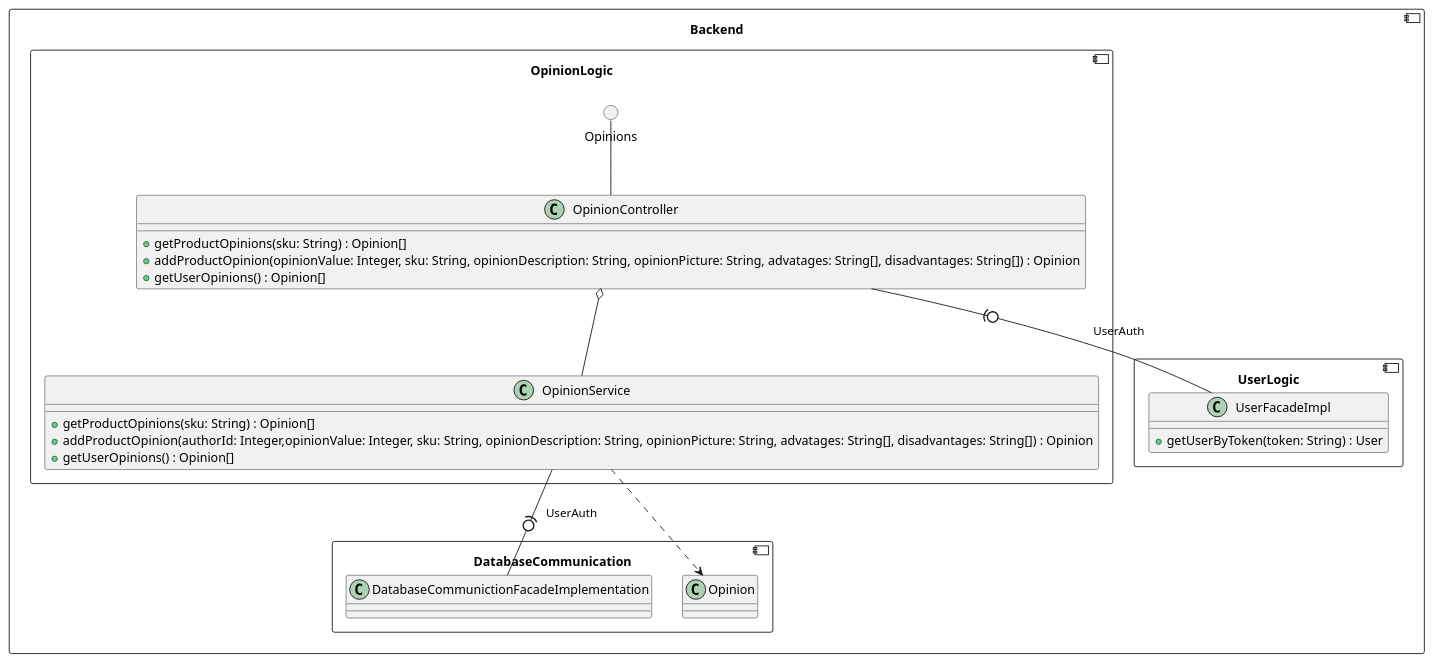
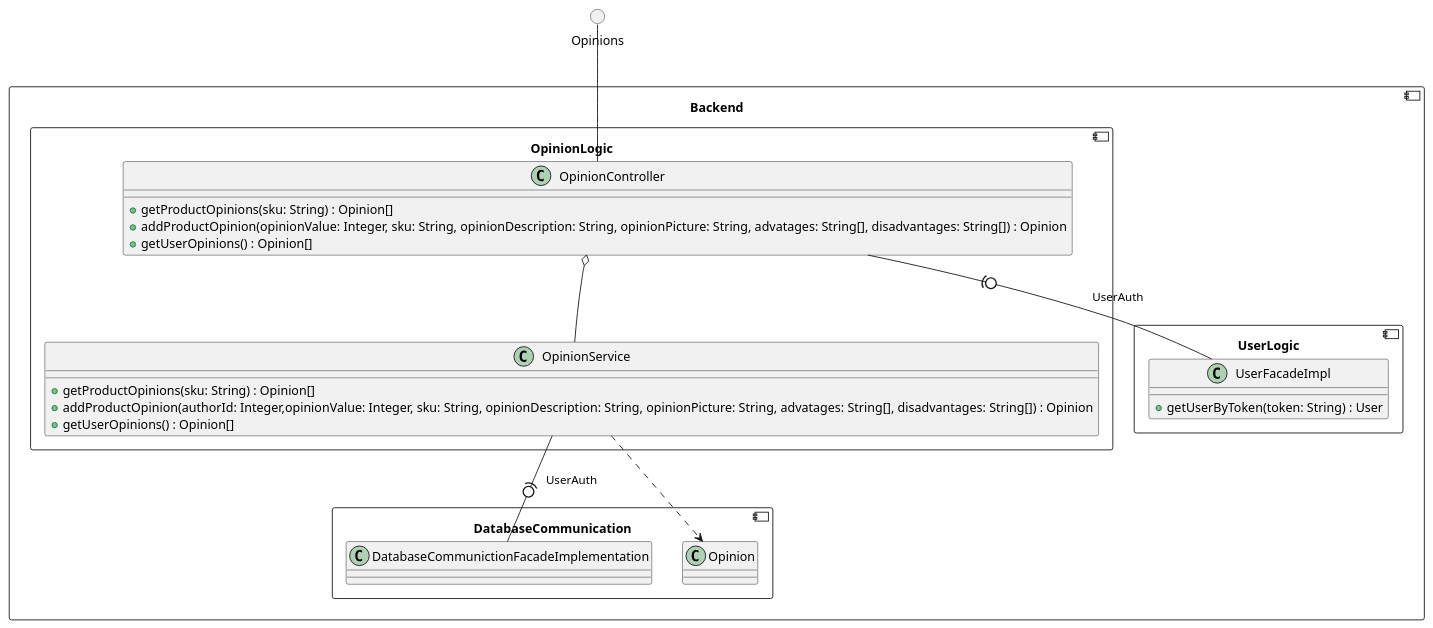
The sixth of 6 diagrams in FullClassDiagrams.md (RadekBucki/OpinionCollectorArchitecture), drawn with PlantUML before and after one commit. The commit also changed other lines of this file, not shown here.

````diff
--- a/FullClassDiagrams.md
+++ b/FullClassDiagrams.md
@@ -274,32 +274,32 @@
 ```plantuml
+circle Opinions
 component Backend {
     component OpinionLogic {
-        circle Opinions
         class OpinionController {
             + getProductOpinions(sku: String) : Opinion[]
             + addProductOpinion(opinionValue: Integer, sku: String, opinionDescription: String, opinionPicture: String, advatages: String[], disadvantages: String[]) : Opinion
             + getUserOpinions() : Opinion[]
         }
         class OpinionService {
             + getProductOpinions(sku: String) : Opinion[]
             + addProductOpinion(authorId: Integer,opinionValue: Integer, sku: String, opinionDescription: String, opinionPicture: String, advatages: String[], disadvantages: String[]) : Opinion
             + getUserOpinions() : Opinion[]
         }
         OpinionController o-- OpinionService
         Opinions -- OpinionController
     }
     component DatabaseCommunication {
         class DatabaseCommunictionFacadeImplementation
         class Opinion
     }
     OpinionService -(0- DatabaseCommunictionFacadeImplementation : UserAuth
     
     component UserLogic {
         class UserFacadeImpl {
             + getUserByToken(token: String) : User
         }
     }
     OpinionController -(0- UserFacadeImpl : UserAuth
     OpinionService    ..> Opinion
 }
 ```
````
